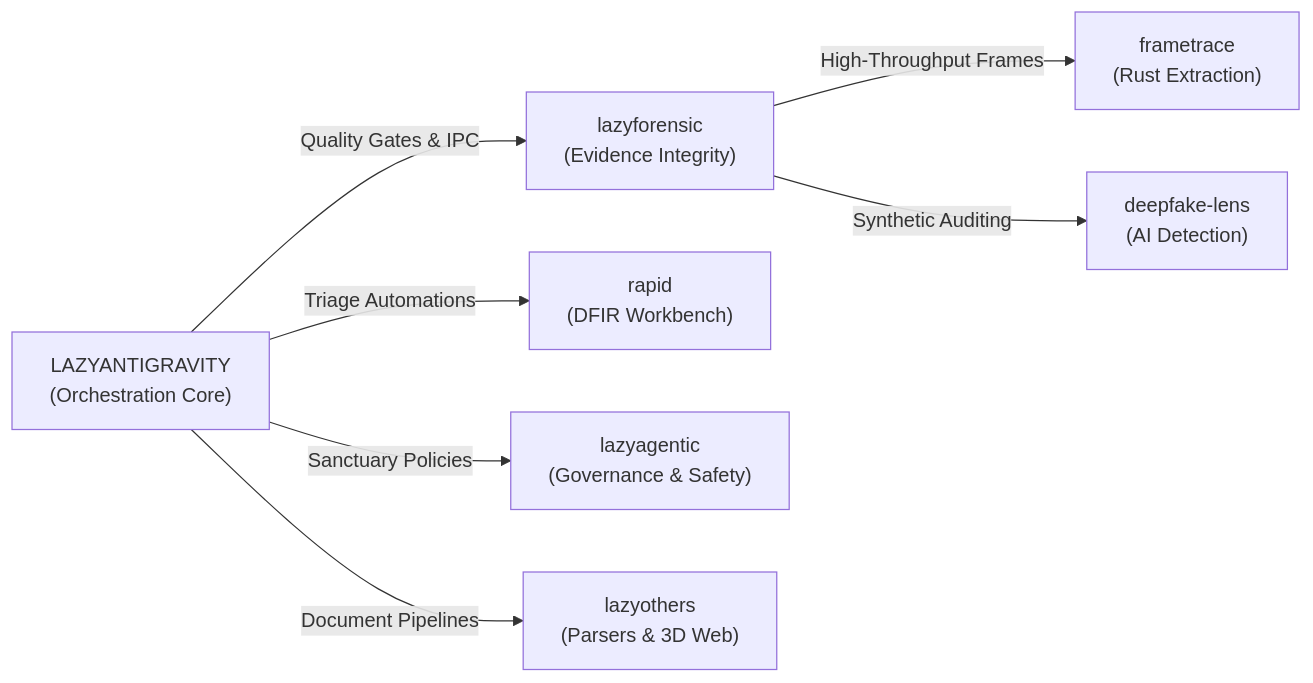
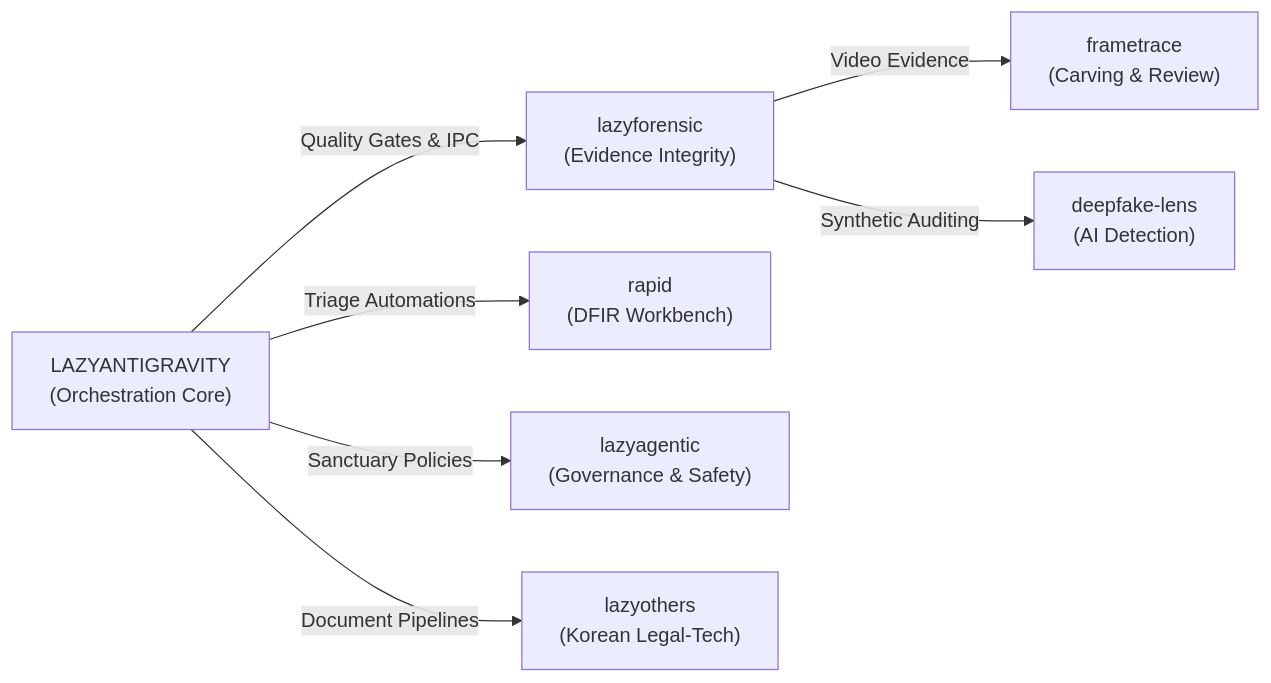
Before and after one commit to daeryundf2-prog/daeryundf2-prog: the diagram in README.md, drawn with Mermaid. The commit also changed other lines of this file, not shown here.

````diff
--- a/README.md
+++ b/README.md
@@ -28,9 +33,9 @@
 ```mermaid
 flowchart LR
     LA["LAZYANTIGRAVITY\n(Orchestration Core)"] -->|"Quality Gates & IPC"| LF["lazyforensic\n(Evidence Integrity)"]
     LA -->|"Triage Automations"| RP["rapid\n(DFIR Workbench)"]
     LA -->|"Sanctuary Policies"| LG["lazyagentic\n(Governance & Safety)"]
-    LA -->|"Document Pipelines"| LO["lazyothers\n(Parsers & 3D Web)"]
-    LF -->|"High-Throughput Frames"| FT["frametrace\n(Rust Extraction)"]
+    LA -->|"Document Pipelines"| LO["lazyothers\n(Korean Legal-Tech)"]
+    LF -->|"Video Evidence"| FT["frametrace\n(Carving & Review)"]
     LF -->|"Synthetic Auditing"| DL["deepfake-lens\n(AI Detection)"]
 ```
````
